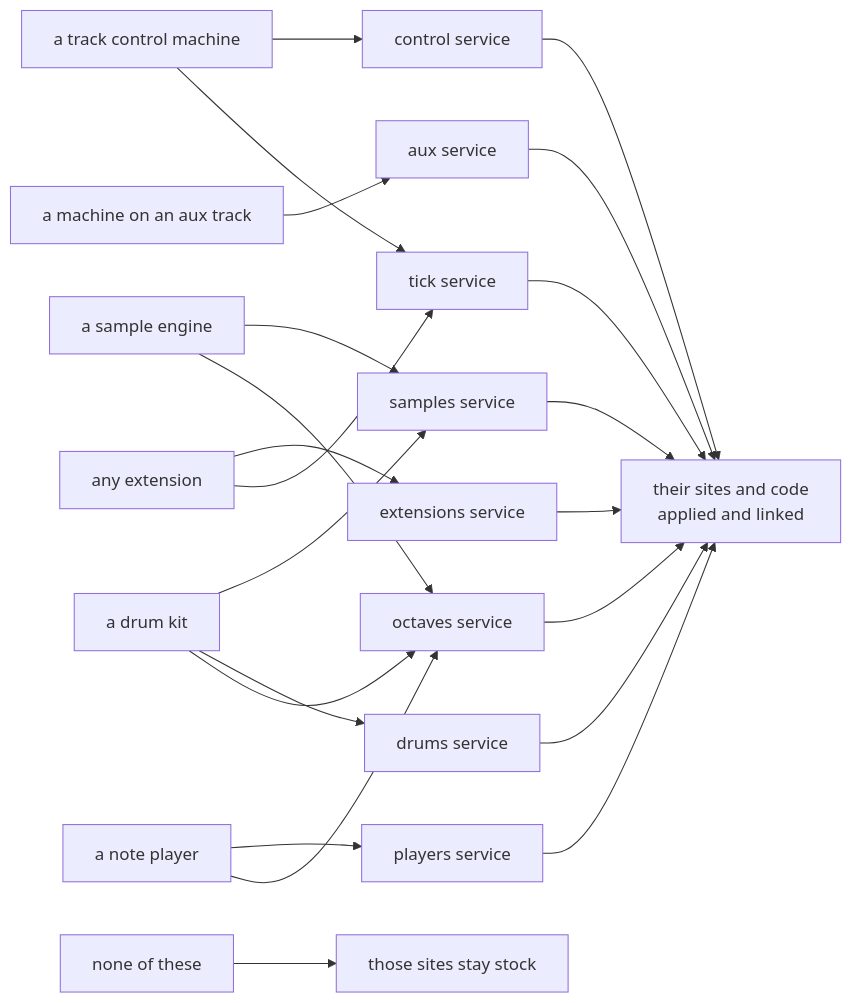
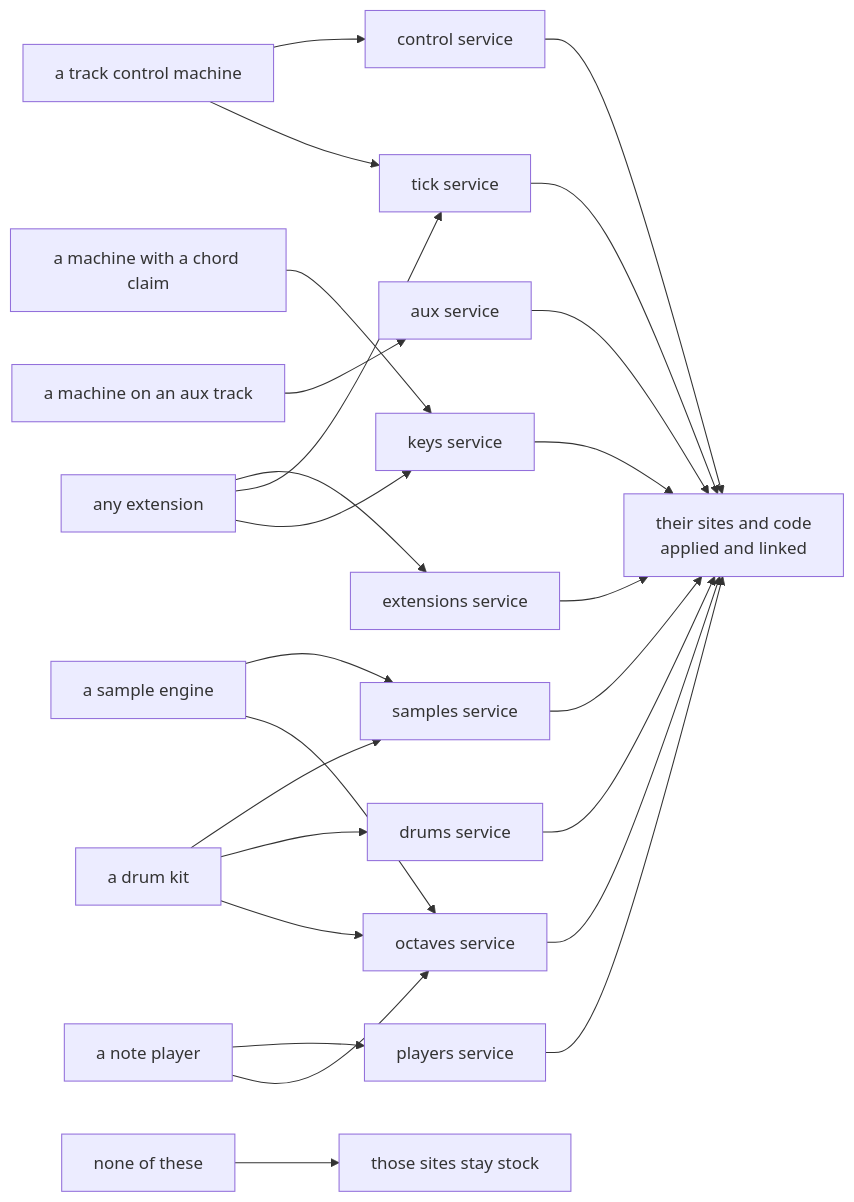
Before and after one commit to blen2r/open-xy: the third of 8 diagrams in docs/architecture.md, drawn with Mermaid. The commit also changed other lines of this file and 36 other files, not shown here.

````diff
--- a/docs/architecture.md
+++ b/docs/architecture.md
@@ -111,11 +111,12 @@
 ```mermaid
 flowchart LR
     tc["a track control machine"] --> control["control service"] & tick["tick service"]
     ax["a machine on an aux track"] --> aux["aux service"]
     s["a sample engine"] --> samples["samples service"] & octaves["octaves service"]
     d["a drum kit"] --> samples & drums["drums service"] & octaves
     p["a note player"] --> players["players service"] & octaves
-    e["any extension"] --> ext["extensions service"] & tick
-    control & tick & aux & samples & drums & players & octaves & ext --> edits["their sites and code<br/>applied and linked"]
+    g["a machine with a chord claim"] --> keys["keys service"]
+    e["any extension"] --> ext["extensions service"] & tick & keys
+    control & tick & keys & aux & samples & drums & players & octaves & ext --> edits["their sites and code<br/>applied and linked"]
     none["none of these"] --> stockonly["those sites stay stock"]
 ```
````
